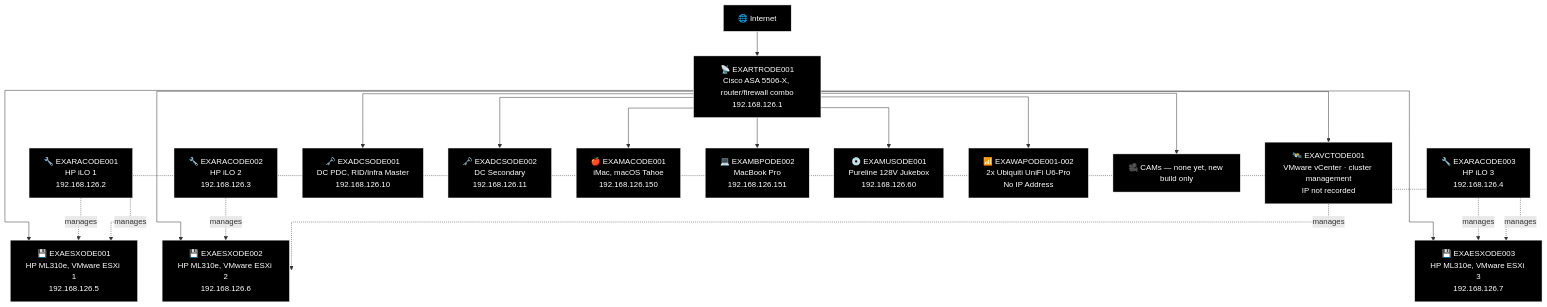
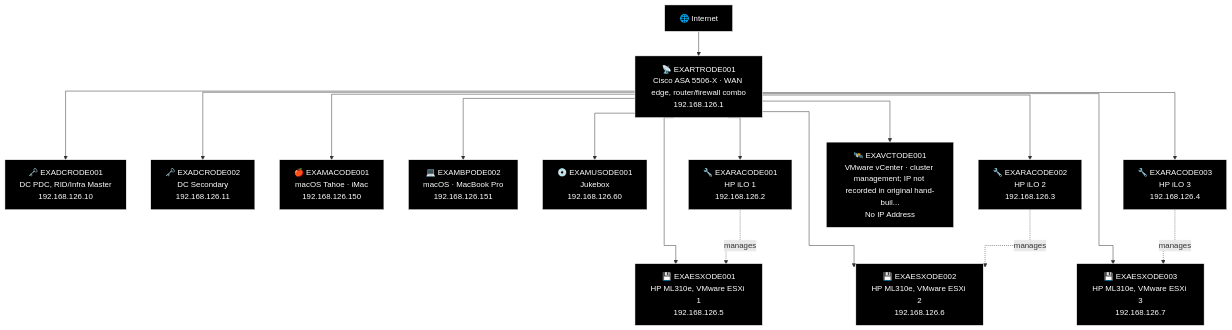
The fourth of 23 diagrams in docs/network-diagram/danmark.md (knightmare2600/example_music_infra), drawn with Mermaid before and after one commit. The commit also changed other lines of this file and 8 other files, not shown here.

````diff
--- a/docs/network-diagram/danmark.md
+++ b/docs/network-diagram/danmark.md
@@ -169,58 +164,51 @@
 ```mermaid
+%% GENERATED:OLDNETWORK:ODE:START
 %%{init: {'flowchart': {'curve': 'stepAfter'}}}%%
 graph TD
     O_INET["🌐 Internet"]
-    O_RTR["📡 EXARTRODE001<br/>Cisco ASA 5506-X, router/firewall combo<br/>192.168.126.1"]
-    O_INET --> O_RTR
-
-    O_ILO1["🔧 EXARACODE001<br/>HP iLO 1<br/>192.168.126.2"]
-    O_ILO2["🔧 EXARACODE002<br/>HP iLO 2<br/>192.168.126.3"]
-    O_ILO3["🔧 EXARACODE003<br/>HP iLO 3<br/>192.168.126.4"]
+    O_RTR["📡 EXARTRODE001<br/>Cisco ASA 5506-X · WAN edge, router/firewall combo<br/>192.168.126.1"]
+    O_DCR1["🗝️ EXADCRODE001<br/>DC PDC, RID/Infra Master<br/>192.168.126.10"]
+    O_DCR2["🗝️ EXADCRODE002<br/>DC Secondary<br/>192.168.126.11"]
     O_ESX1["💾 EXAESXODE001<br/>HP ML310e, VMware ESXi 1<br/>192.168.126.5"]
     O_ESX2["💾 EXAESXODE002<br/>HP ML310e, VMware ESXi 2<br/>192.168.126.6"]
     O_ESX3["💾 EXAESXODE003<br/>HP ML310e, VMware ESXi 3<br/>192.168.126.7"]
-    O_VCT["🛰️ EXAVCTODE001<br/>VMware vCenter · cluster management<br/>IP not recorded"]
+    O_MAC["🍎 EXAMACODE001<br/>macOS Tahoe · iMac<br/>192.168.126.150"]
+    O_MBP["💻 EXAMBPODE002<br/>macOS · MacBook Pro<br/>192.168.126.151"]
+    O_MUS["💿 EXAMUSODE001<br/>Jukebox<br/>192.168.126.60"]
+    O_RAC1["🔧 EXARACODE001<br/>HP iLO 1<br/>192.168.126.2"]
+    O_RAC2["🔧 EXARACODE002<br/>HP iLO 2<br/>192.168.126.3"]
+    O_RAC3["🔧 EXARACODE003<br/>HP iLO 3<br/>192.168.126.4"]
+    O_VCT["🛰️ EXAVCTODE001<br/>VMware vCenter · cluster management; IP not recorded in original hand-buil...<br/>No IP Address"]
+    O_INET --> O_RTR
+    O_RTR --> O_DCR1
+    O_RTR --> O_DCR2
     O_RTR --> O_ESX1
     O_RTR --> O_ESX2
     O_RTR --> O_ESX3
-    O_RTR --> O_VCT
-    O_ILO1 -.->|"manages"| O_ESX1
-    O_ILO2 -.->|"manages"| O_ESX2
-    O_ILO3 -.->|"manages"| O_ESX3
-    O_VCT -.->|"manages"| O_ESX1
-    O_VCT -.->|"manages"| O_ESX2
-    O_VCT -.->|"manages"| O_ESX3
-
-    O_DC1["🗝️ EXADCSODE001<br/>DC PDC, RID/Infra Master<br/>192.168.126.10"]
-    O_DC2["🗝️ EXADCSODE002<br/>DC Secondary<br/>192.168.126.11"]
-    O_RTR --> O_DC1
-    O_RTR --> O_DC2
-
-    O_MAC["🍎 EXAMACODE001<br/>iMac, macOS Tahoe<br/>192.168.126.150"]
-    O_MBP["💻 EXAMBPODE002<br/>MacBook Pro<br/>192.168.126.151"]
-    O_JKB["💿 EXAMUSODE001<br/>Pureline 128V Jukebox<br/>192.168.126.60"]
-    O_WAP["📶 EXAWAPODE001-002<br/>2x Ubiquiti UniFi U6-Pro<br/>No IP Address"]
-    O_CAM["🎥 CAMs — none yet, new build only"]
     O_RTR --> O_MAC
     O_RTR --> O_MBP
-    O_RTR --> O_JKB
-    O_RTR --> O_WAP
-    O_RTR --> O_CAM
+    O_RTR --> O_MUS
+    O_RTR --> O_RAC1
+    O_RAC1 -.->|"manages"| O_ESX1
+    O_RTR --> O_RAC2
+    O_RAC2 -.->|"manages"| O_ESX2
+    O_RTR --> O_RAC3
+    O_RAC3 -.->|"manages"| O_ESX3
+    O_RTR --> O_VCT
 
     style O_INET fill:#000000,stroke:#FFFFFF,color:#FFFFFF
     style O_RTR fill:#000000,stroke:#FFFFFF,color:#FFFFFF
-    style O_ILO1 fill:#000000,stroke:#FFFFFF,color:#FFFFFF
-    style O_ILO2 fill:#000000,stroke:#FFFFFF,color:#FFFFFF
-    style O_ILO3 fill:#000000,stroke:#FFFFFF,color:#FFFFFF
+    style O_DCR1 fill:#000000,stroke:#FFFFFF,color:#FFFFFF
+    style O_DCR2 fill:#000000,stroke:#FFFFFF,color:#FFFFFF
     style O_ESX1 fill:#000000,stroke:#FFFFFF,color:#FFFFFF
     style O_ESX2 fill:#000000,stroke:#FFFFFF,color:#FFFFFF
     style O_ESX3 fill:#000000,stroke:#FFFFFF,color:#FFFFFF
-    style O_VCT fill:#000000,stroke:#FFFFFF,color:#FFFFFF
-    style O_DC1 fill:#000000,stroke:#FFFFFF,color:#FFFFFF
-    style O_DC2 fill:#000000,stroke:#FFFFFF,color:#FFFFFF
     style O_MAC fill:#000000,stroke:#FFFFFF,color:#FFFFFF
     style O_MBP fill:#000000,stroke:#FFFFFF,color:#FFFFFF
-    style O_JKB fill:#000000,stroke:#FFFFFF,color:#FFFFFF
-    style O_WAP fill:#000000,stroke:#FFFFFF,color:#FFFFFF
-    style O_CAM fill:#000000,stroke:#FFFFFF,color:#FFFFFF
+    style O_MUS fill:#000000,stroke:#FFFFFF,color:#FFFFFF
+    style O_RAC1 fill:#000000,stroke:#FFFFFF,color:#FFFFFF
+    style O_RAC2 fill:#000000,stroke:#FFFFFF,color:#FFFFFF
+    style O_RAC3 fill:#000000,stroke:#FFFFFF,color:#FFFFFF
+    style O_VCT fill:#000000,stroke:#FFFFFF,color:#FFFFFF
+%% GENERATED:OLDNETWORK:ODE:END
 ```
````
